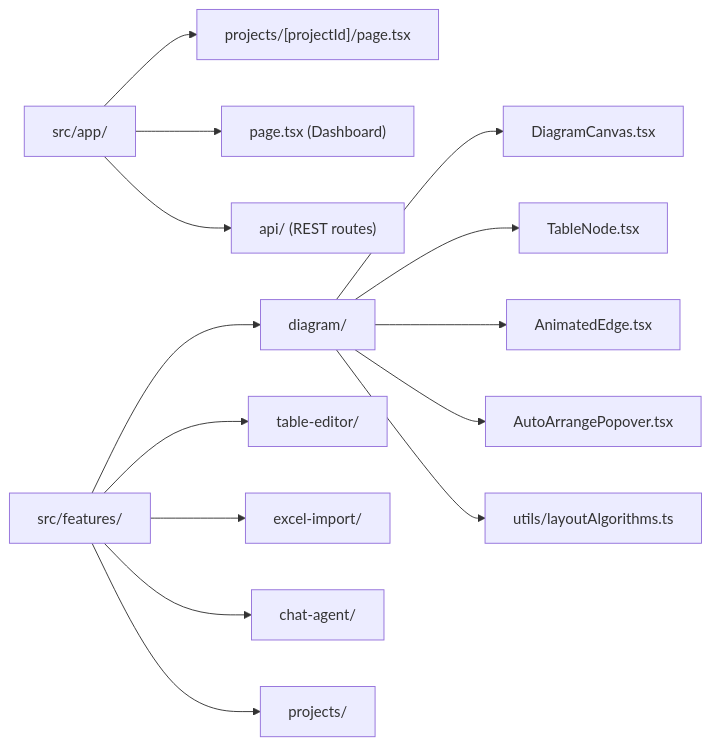
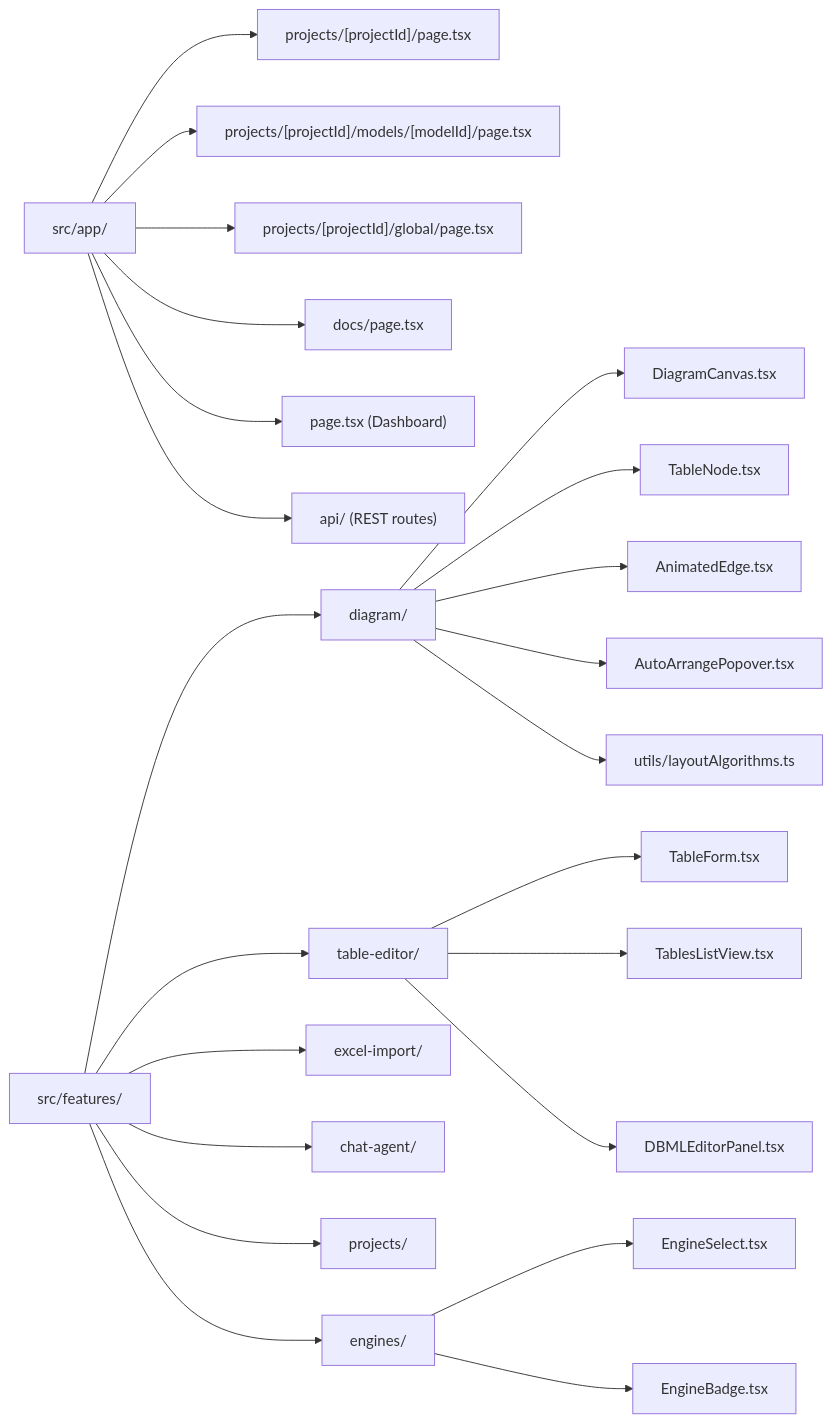
One commit to Carlosmps97/web-data-model-hub changed the second of 3 diagrams in doc/architecture.md. Above: the diagram before and after it, drawn with Mermaid. The commit also changed other lines of this file and 21 other files, not shown here.

````diff
--- a/doc/architecture.md
+++ b/doc/architecture.md
@@ -41,21 +41,32 @@
 ```mermaid
 graph LR
     App["src/app/"]
     Features["src/features/"]
 
     App --> Projects["projects/[projectId]/page.tsx"]
+    App --> Models["projects/[projectId]/models/[modelId]/page.tsx"]
+    App --> Global["projects/[projectId]/global/page.tsx"]
+    App --> Docs["docs/page.tsx"]
     App --> Dashboard["page.tsx (Dashboard)"]
     App --> API["api/ (REST routes)"]
 
     Features --> Diagram["diagram/"]
     Features --> TableEditor["table-editor/"]
     Features --> ExcelImport["excel-import/"]
     Features --> Chat["chat-agent/"]
     Features --> ProjectsMgmt["projects/"]
+    Features --> Engines["engines/"]
 
     Diagram --> DC["DiagramCanvas.tsx"]
     Diagram --> TN["TableNode.tsx"]
     Diagram --> AE["AnimatedEdge.tsx"]
     Diagram --> AAP["AutoArrangePopover.tsx"]
     Diagram --> LA["utils/layoutAlgorithms.ts"]
+
+    TableEditor --> TF["TableForm.tsx"]
+    TableEditor --> LV["TablesListView.tsx"]
+    TableEditor --> DBML["DBMLEditorPanel.tsx"]
+
+    Engines --> ES["EngineSelect.tsx"]
+    Engines --> EB["EngineBadge.tsx"]
 ```
````
